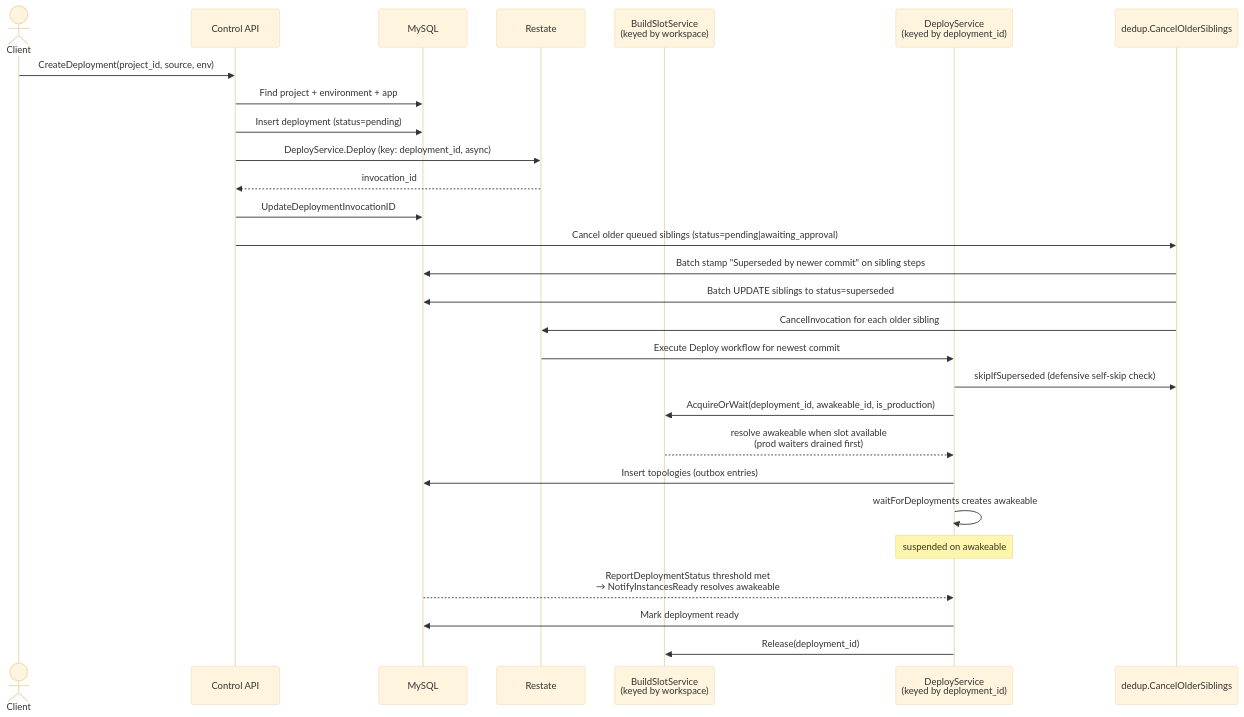
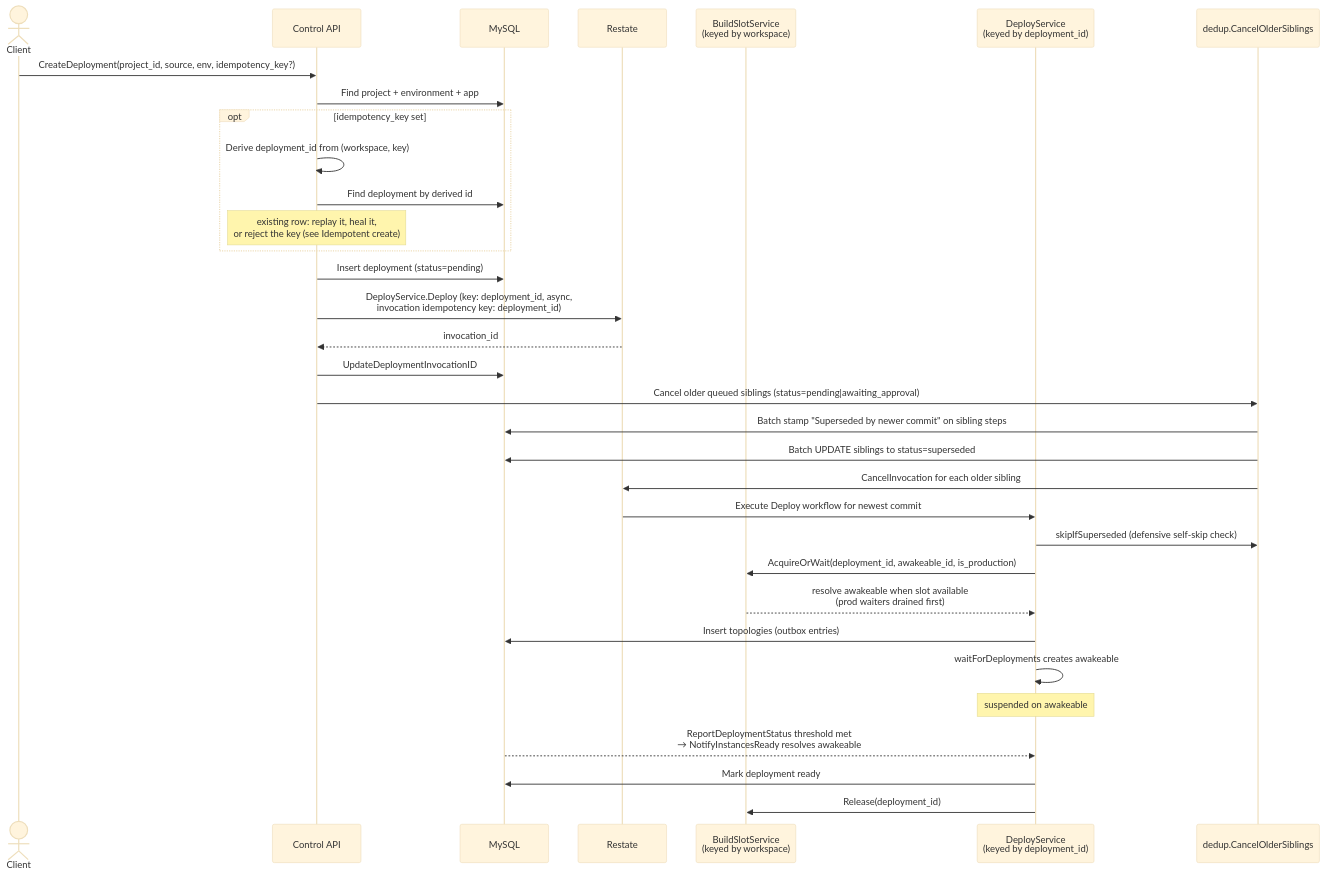
Before and after one commit to unkeyed/unkey: the first of 4 diagrams in docs/engineering/architecture/services/control-plane/worker/workflows/deployments.mdx, drawn with Mermaid (base theme). The commit also changed other lines of this file and 17 other files, not shown here.

First line of the commit message:
feat(ctrl): dedupe deployment creates by derived id

````diff
--- a/docs/engineering/architecture/services/control-plane/worker/workflows/deployments.mdx
+++ b/docs/engineering/architecture/services/control-plane/worker/workflows/deployments.mdx
@@ -30,31 +30,36 @@
 ```mermaid
 sequenceDiagram
   actor Client
   participant CtrlAPI as Control API
   participant DB as MySQL
   participant Restate as Restate
   participant BuildSlot as BuildSlotService<br/>(keyed by workspace)
   participant Worker as DeployService<br/>(keyed by deployment_id)
   participant Dedup as dedup.CancelOlderSiblings
 
-  Client->>CtrlAPI: CreateDeployment(project_id, source, env)
+  Client->>CtrlAPI: CreateDeployment(project_id, source, env, idempotency_key?)
   CtrlAPI->>DB: Find project + environment + app
+  opt idempotency_key set
+    CtrlAPI->>CtrlAPI: Derive deployment_id from (workspace, key)
+    CtrlAPI->>DB: Find deployment by derived id
+    Note over CtrlAPI: existing row: replay it, heal it,<br/>or reject the key (see Idempotent create)
+  end
   CtrlAPI->>DB: Insert deployment (status=pending)
-  CtrlAPI->>Restate: DeployService.Deploy (key: deployment_id, async)
+  CtrlAPI->>Restate: DeployService.Deploy (key: deployment_id, async,<br/>invocation idempotency key: deployment_id)
   Restate-->>CtrlAPI: invocation_id
   CtrlAPI->>DB: UpdateDeploymentInvocationID
   CtrlAPI->>Dedup: Cancel older queued siblings (status=pending|awaiting_approval)
   Dedup->>DB: Batch stamp "Superseded by newer commit" on sibling steps
   Dedup->>DB: Batch UPDATE siblings to status=superseded
   Dedup->>Restate: CancelInvocation for each older sibling
   Restate->>Worker: Execute Deploy workflow for newest commit
   Worker->>Dedup: skipIfSuperseded (defensive self-skip check)
   Worker->>BuildSlot: AcquireOrWait(deployment_id, awakeable_id, is_production)
   BuildSlot-->>Worker: resolve awakeable when slot available<br/>(prod waiters drained first)
   Worker->>DB: Insert topologies (outbox entries)
   Worker->>Worker: waitForDeployments creates awakeable
   Note over Worker: suspended on awakeable
   DB-->>Worker: ReportDeploymentStatus threshold met<br/>→ NotifyInstancesReady resolves awakeable
   Worker->>DB: Mark deployment ready
   Worker->>BuildSlot: Release(deployment_id)
 ```
````
